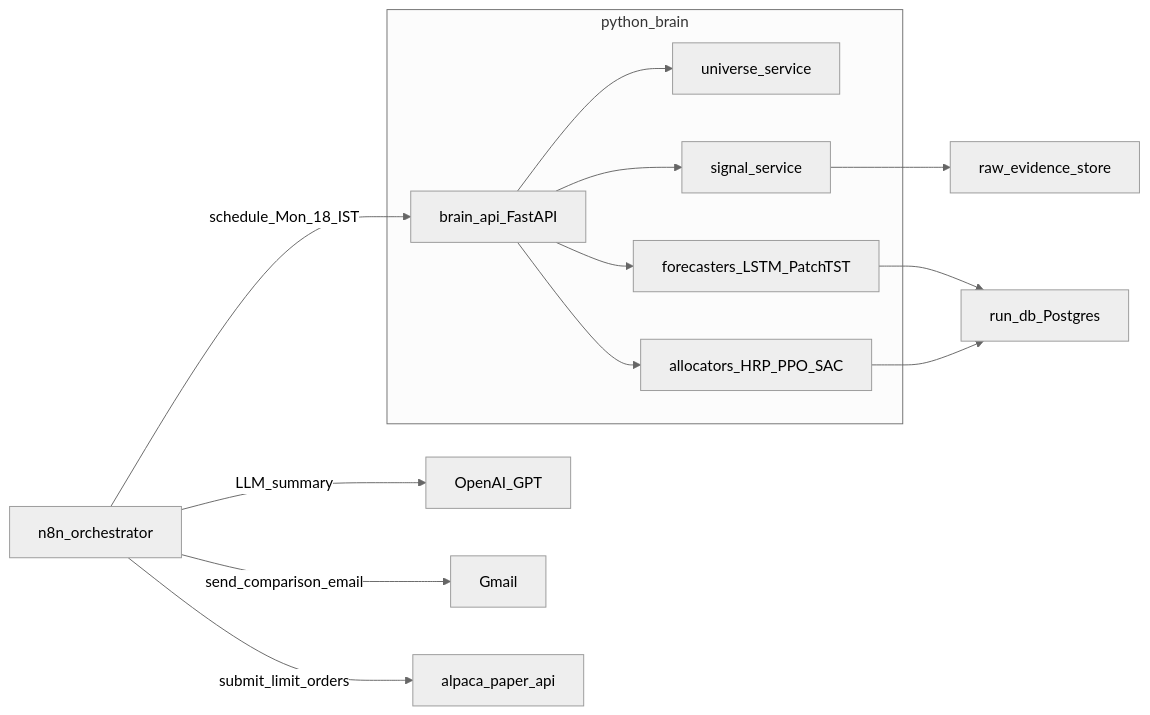
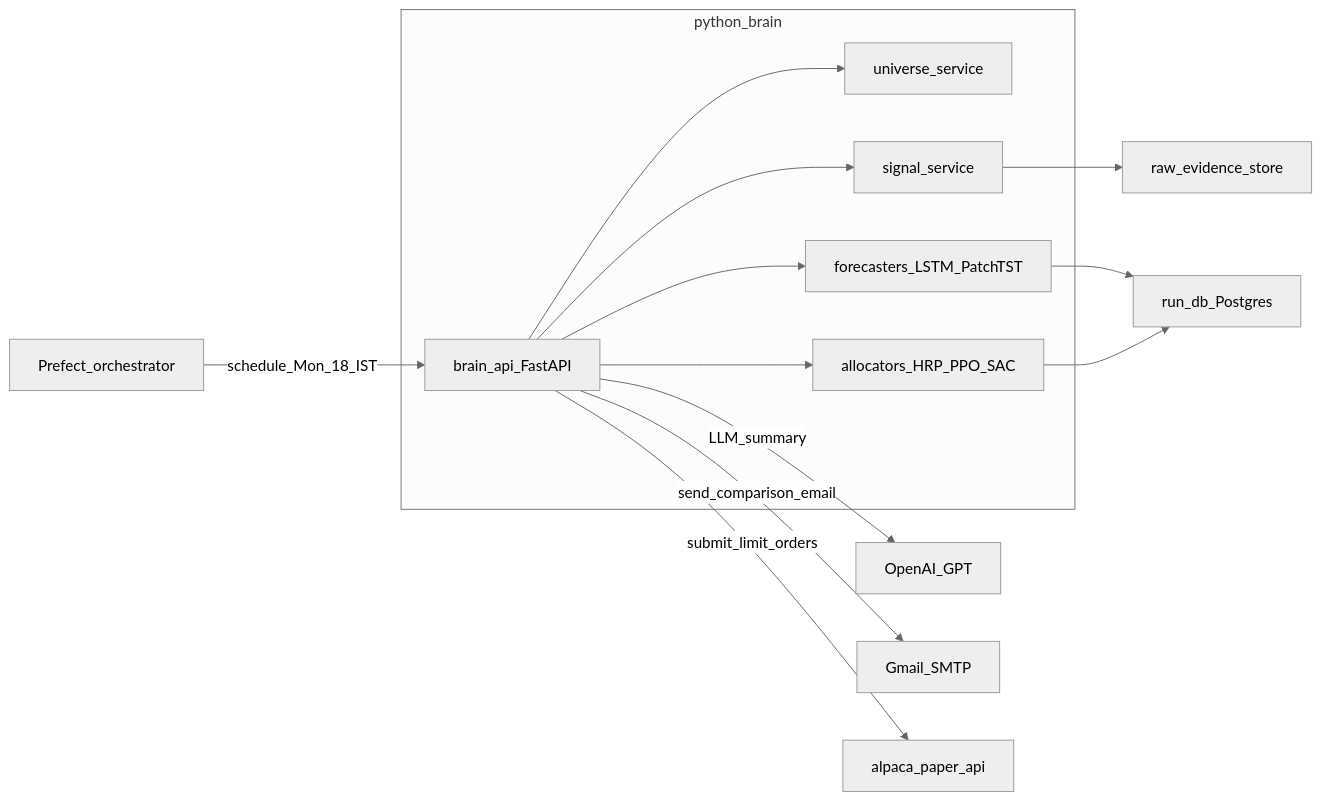
Before and after one commit to hajirazin/LearnFinance-2025: the first of 4 diagrams in README.md, drawn with Mermaid (neutral theme). The commit also changed other lines of this file and 2 other files, not shown here.

First line of the commit message:
docs: Update documentation from n8n to Prefect orchestration

````diff
--- a/README.md
+++ b/README.md
@@ -27,19 +27,19 @@
 ```mermaid
 flowchart LR
-  n8n[n8n_orchestrator] -->|schedule_Mon_18_IST| runApi[brain_api_FastAPI]
+  prefect[Prefect_orchestrator] -->|schedule_Mon_18_IST| runApi[brain_api_FastAPI]
 
   subgraph brain[python_brain]
     runApi --> universe[universe_service]
     runApi --> signals[signal_service]
     runApi --> forecasters[forecasters_LSTM_PatchTST]
     runApi --> allocators[allocators_HRP_PPO_SAC]
   end
 
   signals --> raw[raw_evidence_store]
   forecasters --> db[run_db_Postgres]
   allocators --> db
 
-  n8n -->|LLM_summary| openai[OpenAI_GPT]
-  n8n -->|send_comparison_email| email[Gmail]
-  n8n -->|submit_limit_orders| alpaca[alpaca_paper_api]
+  runApi -->|LLM_summary| openai[OpenAI_GPT]
+  runApi -->|send_comparison_email| email[Gmail_SMTP]
+  runApi -->|submit_limit_orders| alpaca[alpaca_paper_api]
 ```
````
